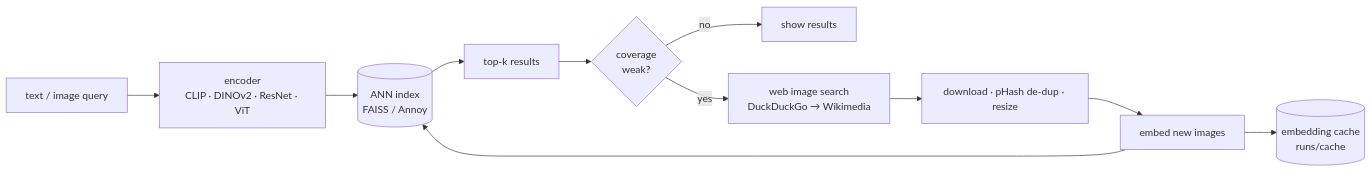
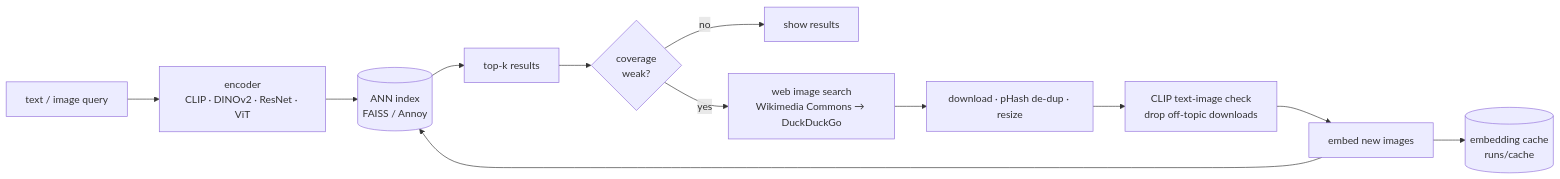
The diagram in README.md (Manojkaipu/IMRS), drawn with Mermaid before and after one commit. The commit also changed other lines of this file and 11 other files, not shown here.

````diff
--- a/README.md
+++ b/README.md
@@ -24,13 +74,14 @@
 ```mermaid
 flowchart LR
     Q[text / image query] --> E[encoder<br/>CLIP · DINOv2 · ResNet · ViT]
     E --> I[(ANN index<br/>FAISS / Annoy)]
     I --> R[top-k results]
     R --> C{coverage<br/>weak?}
     C -- no --> U[show results]
-    C -- yes --> W[web image search<br/>DuckDuckGo → Wikimedia]
+    C -- yes --> W[web image search<br/>Wikimedia Commons → DuckDuckGo]
     W --> D[download · pHash de-dup · resize]
-    D --> E2[embed new images]
+    D --> V[CLIP text-image check<br/>drop off-topic downloads]
+    V --> E2[embed new images]
     E2 --> I
     E2 --> K[(embedding cache<br/>runs/cache)]
 ```
````
